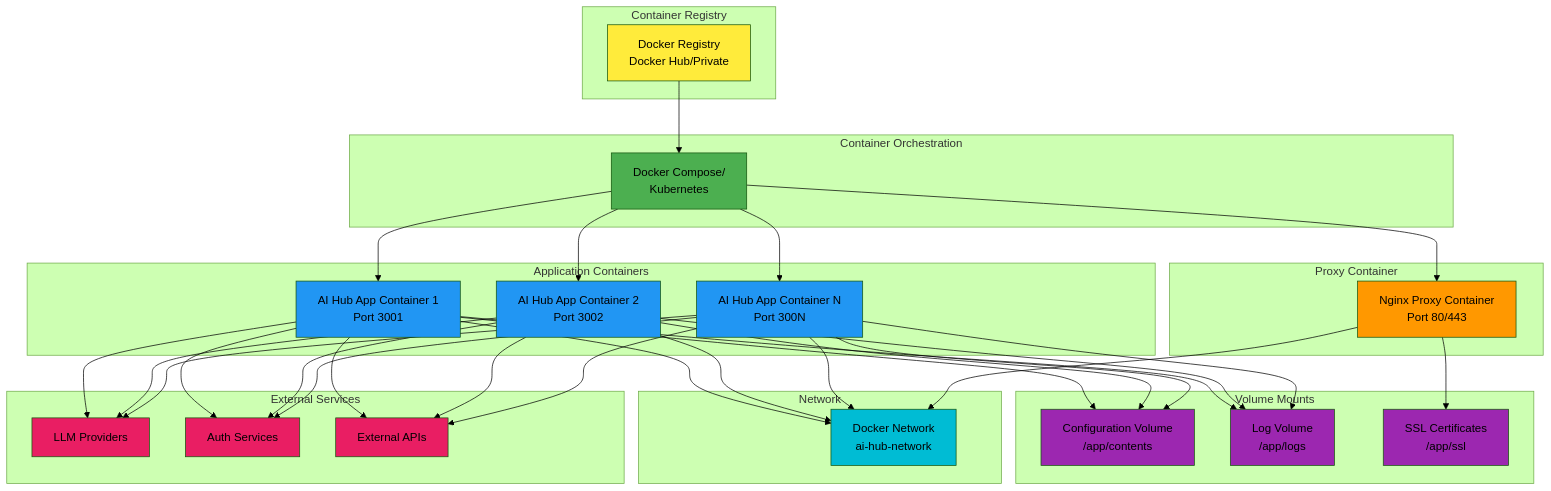
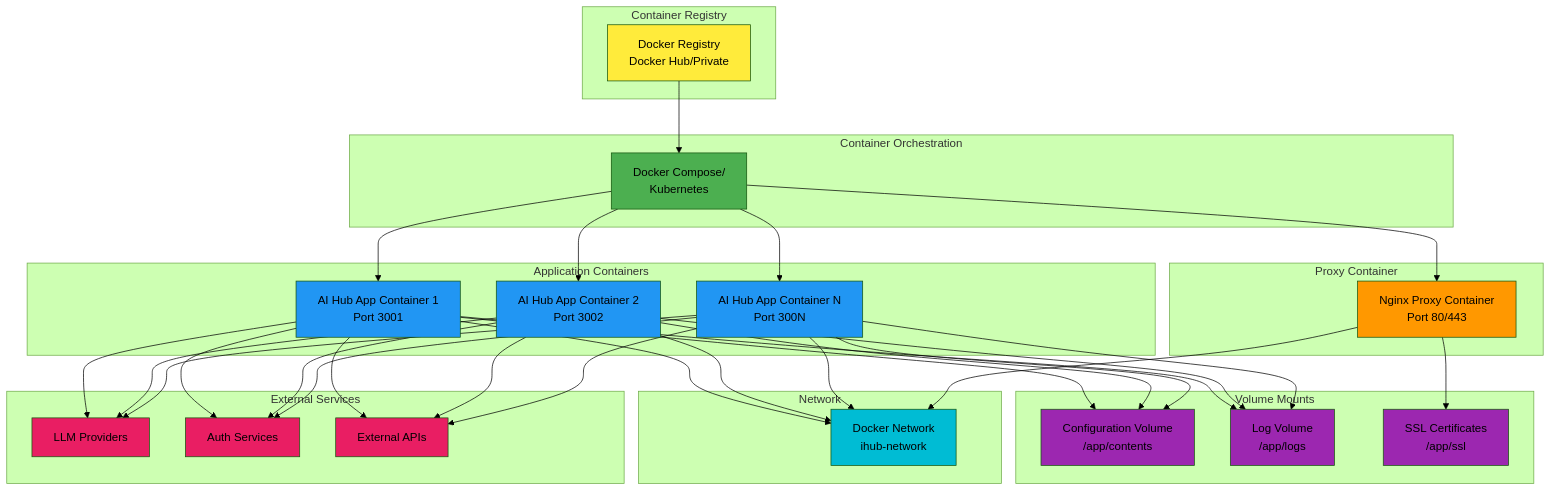
Before and after one commit to intrafind/ihub-apps: diagram 18 of 22 in docs/diagrams.md, drawn with Mermaid (forest theme). The commit also changed other lines of this file and 88 other files, not shown here.

```diff
--- a/docs/diagrams.md
+++ b/docs/diagrams.md
@@ -1231,7 +1231,7 @@
     end
     
     subgraph "Network"
-        AppNetwork[Docker Network<br/>ai-hub-network]
+        AppNetwork[Docker Network<br/>ihub-network]
     end
     
     subgraph "External Services"
```
